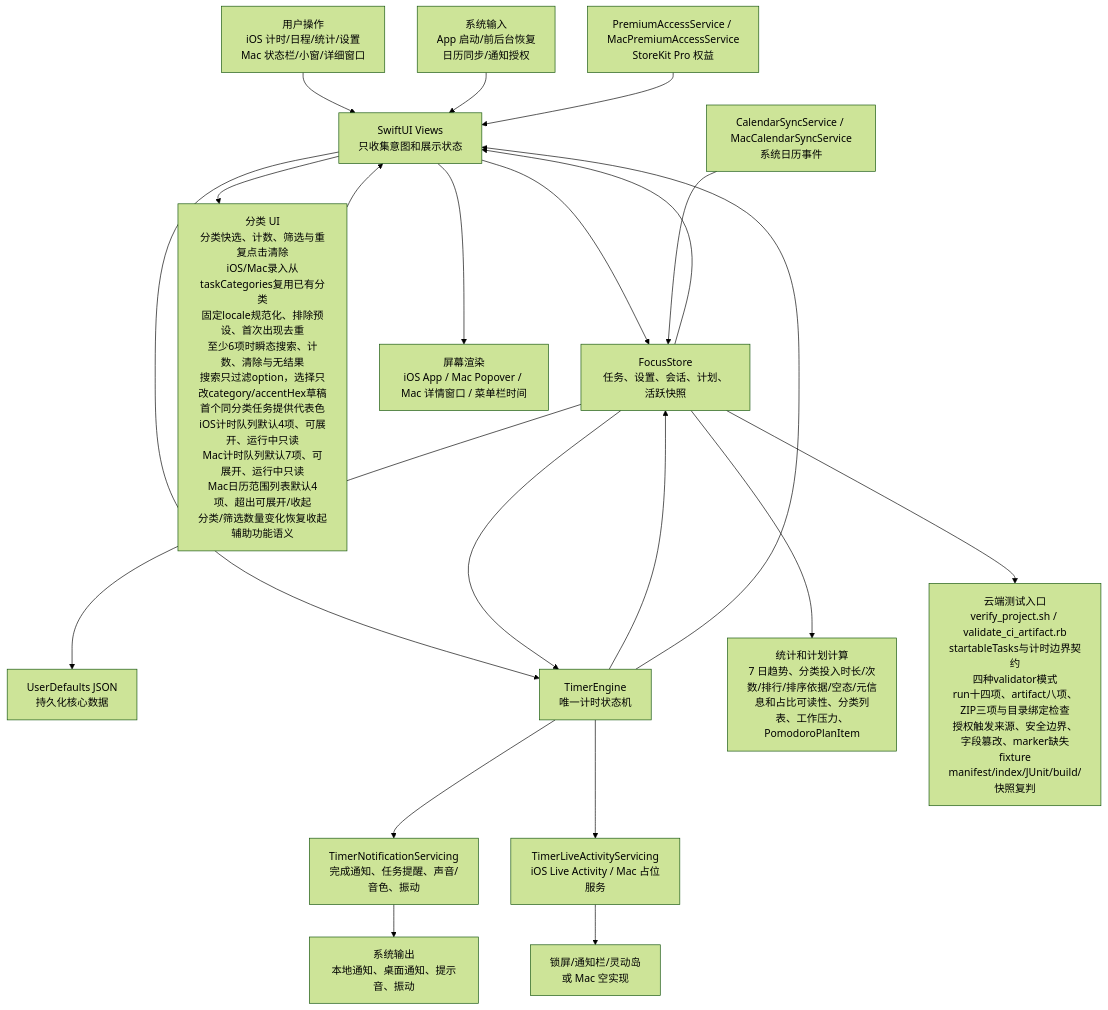
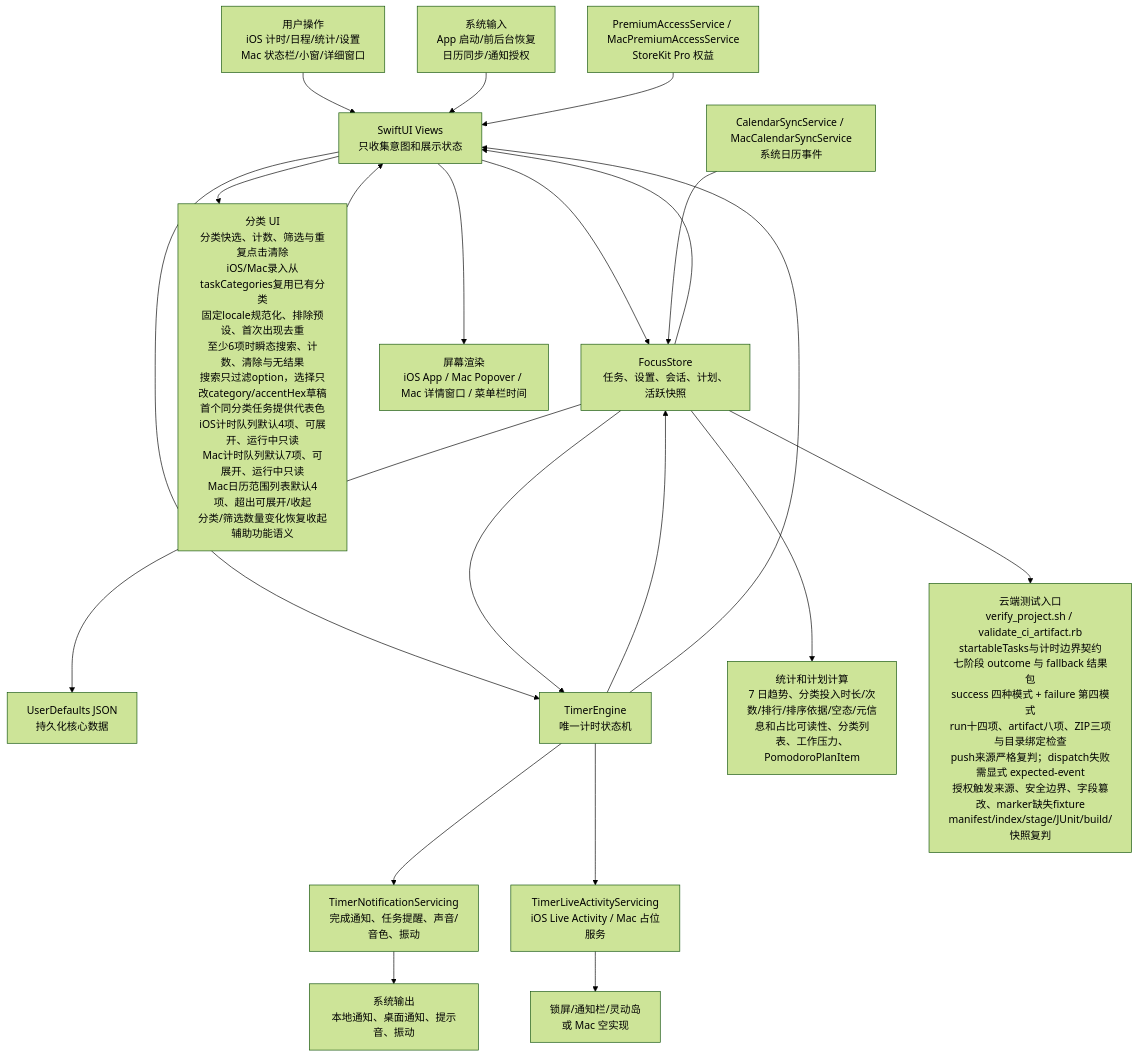
One commit to Altman-sam114/114 changed the first of 6 diagrams in md/flow/flowchart.md. Above: the diagram before and after it, drawn with Mermaid (forest theme). The commit also changed other lines of this file and 10 other files, not shown here.

````diff
--- a/md/flow/flowchart.md
+++ b/md/flow/flowchart.md
@@ -9,23 +9,23 @@
 ```mermaid
 flowchart TD
   U["用户操作<br/>iOS 计时/日程/统计/设置<br/>Mac 状态栏/小窗/详细窗口"] --> V["SwiftUI Views<br/>只收集意图和展示状态"]
   SYS["系统输入<br/>App 启动/前后台恢复<br/>日历同步/通知授权"] --> V
   V --> S["FocusStore<br/>任务、设置、会话、计划、活跃快照"]
   V --> CAT["分类 UI<br/>分类快选、计数、筛选与重复点击清除<br/>iOS/Mac录入从taskCategories复用已有分类<br/>固定locale规范化、排除预设、首次出现去重<br/>至少6项时瞬态搜索、计数、清除与无结果<br/>搜索只过滤option，选择只改category/accentHex草稿<br/>首个同分类任务提供代表色<br/>iOS计时队列默认4项、可展开、运行中只读<br/>Mac计时队列默认7项、可展开、运行中只读<br/>Mac日历范围列表默认4项、超出可展开/收起<br/>分类/筛选数量变化恢复收起<br/>辅助功能语义"]
   CAT --> V
   S --> P["UserDefaults JSON<br/>持久化核心数据"]
   V --> E["TimerEngine<br/>唯一计时状态机"]
   S --> E
   E --> S
   E --> N["TimerNotificationServicing<br/>完成通知、任务提醒、声音/音色、振动"]
   E --> L["TimerLiveActivityServicing<br/>iOS Live Activity / Mac 占位服务"]
   S --> C["统计和计划计算<br/>7 日趋势、分类投入时长/次数/排行/排序依据/空态/元信息和占比可读性、分类列表、工作压力、PomodoroPlanItem"]
   CAL["CalendarSyncService / MacCalendarSyncService<br/>系统日历事件"] --> S
   PRO["PremiumAccessService / MacPremiumAccessService<br/>StoreKit Pro 权益"] --> V
   S --> V
   E --> V
   V --> OUT["屏幕渲染<br/>iOS App / Mac Popover / Mac 详情窗口 / 菜单栏时间"]
   N --> OUT2["系统输出<br/>本地通知、桌面通知、提示音、振动"]
   L --> OUT3["锁屏/通知栏/灵动岛<br/>或 Mac 空实现"]
-  S --> T["云端测试入口<br/>verify_project.sh / validate_ci_artifact.rb<br/>startableTasks与计时边界契约<br/>四种validator模式<br/>run十四项、artifact八项、ZIP三项与目录绑定检查<br/>授权触发来源、安全边界、字段篡改、marker缺失fixture<br/>manifest/index/JUnit/build/快照复判"]
+  S --> T["云端测试入口<br/>verify_project.sh / validate_ci_artifact.rb<br/>startableTasks与计时边界契约<br/>七阶段 outcome 与 fallback 结果包<br/>success 四种模式 + failure 第四模式<br/>run十四项、artifact八项、ZIP三项与目录绑定检查<br/>push来源严格复判；dispatch失败需显式 expected-event<br/>授权触发来源、安全边界、字段篡改、marker缺失fixture<br/>manifest/index/stage/JUnit/build/快照复判"]
 ```
````
